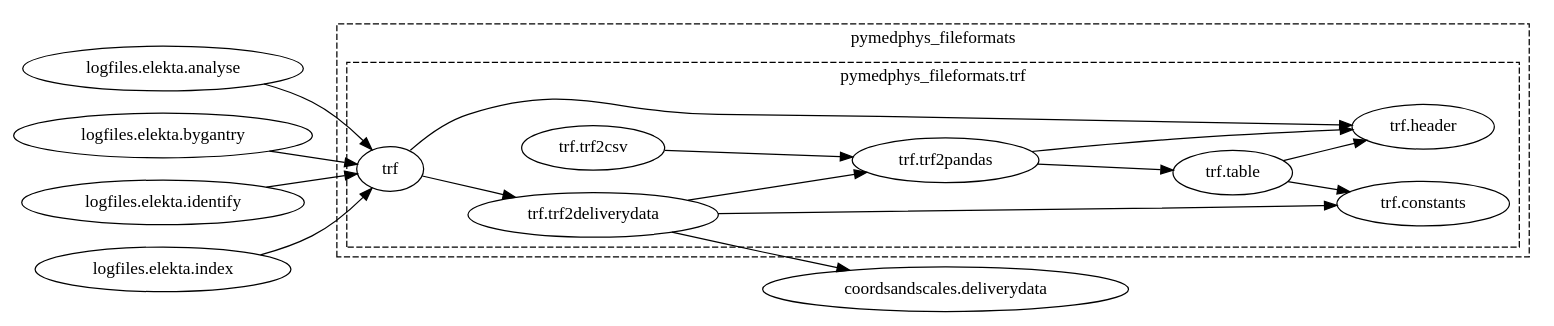
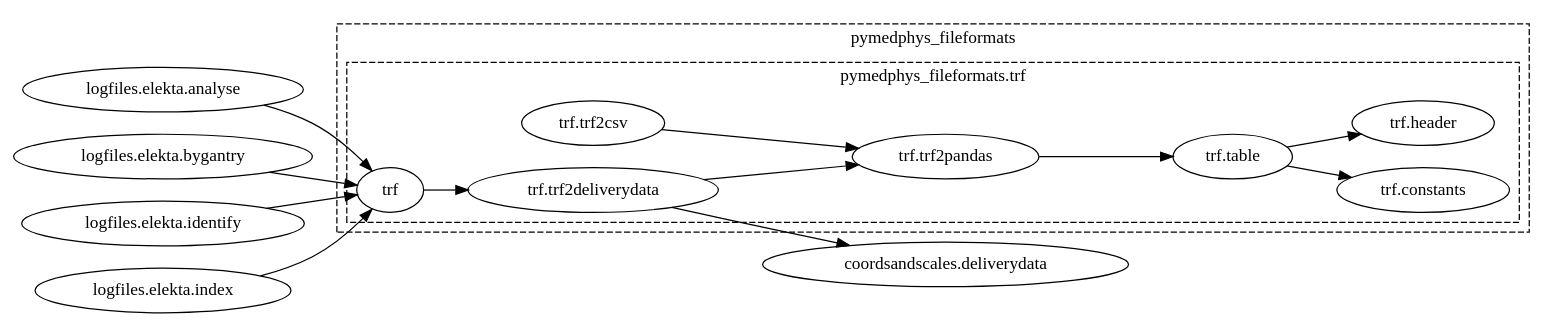
The diagram in docs/graphs/pymedphys_fileformats.trf.dot (pymedphys/pymedphys), drawn with Graphviz before and after one commit. The commit also changed 49 other files, not shown here.

Commit message:
make graph draw be compatible with windows

```diff
--- a/docs/graphs/pymedphys_fileformats.trf.dot
+++ b/docs/graphs/pymedphys_fileformats.trf.dot
@@ -1,56 +1,49 @@
-strict digraph  {
-    rankdir = LR;
-
-    subgraph cluster_0 {
-        
-        label = "pymedphys_fileformats";
-        style = dashed;
-
-        subgraph cluster_1 {
-            { rank = same; "pymedphys_fileformats.trf.constants"; "pymedphys_fileformats.trf.header"; }
-            { rank = same; "pymedphys_fileformats.trf.table"; }
-            { rank = same; "pymedphys_fileformats.trf.trf2pandas"; }
-            { rank = same; "pymedphys_fileformats.trf.trf2csv"; "pymedphys_fileformats.trf.trf2deliverydata"; }
-            { rank = same; "pymedphys_fileformats.trf"; }
-
-            label = "pymedphys_fileformats.trf"
-        }
-    }
-
-    "pymedphys_coordsandscales.deliverydata" [label="coordsandscales.deliverydata"];
-    "pymedphys_fileformats.trf" [label="trf"];
-    "pymedphys_fileformats.trf.constants" [label="trf.constants"];
-    "pymedphys_fileformats.trf.header" [label="trf.header"];
-    "pymedphys_fileformats.trf.table" [label="trf.table"];
-    "pymedphys_fileformats.trf.trf2csv" [label="trf.trf2csv"];
-    "pymedphys_fileformats.trf.trf2deliverydata" [label="trf.trf2deliverydata"];
-    "pymedphys_fileformats.trf.trf2pandas" [label="trf.trf2pandas"];
-    "pymedphys_logfiles.elekta.analyse" [label="logfiles.elekta.analyse"];
-    "pymedphys_logfiles.elekta.bygantry" [label="logfiles.elekta.bygantry"];
-    "pymedphys_logfiles.elekta.identify" [label="logfiles.elekta.identify"];
-    "pymedphys_logfiles.elekta.index" [label="logfiles.elekta.index"];
-
-    "pymedphys_fileformats.trf" -> "pymedphys_fileformats.trf.header";
-    "pymedphys_fileformats.trf" -> "pymedphys_fileformats.trf.trf2deliverydata";
-    "pymedphys_logfiles.elekta.analyse" -> "pymedphys_fileformats.trf";
-    "pymedphys_logfiles.elekta.bygantry" -> "pymedphys_fileformats.trf";
-    "pymedphys_logfiles.elekta.identify" -> "pymedphys_fileformats.trf";
-    "pymedphys_logfiles.elekta.index" -> "pymedphys_fileformats.trf";
-    "pymedphys_fileformats.trf.table" -> "pymedphys_fileformats.trf.constants";
-    "pymedphys_fileformats.trf.trf2deliverydata" -> "pymedphys_fileformats.trf.constants";
-    "pymedphys_fileformats.trf" -> "pymedphys_fileformats.trf.header";
-    "pymedphys_fileformats.trf.table" -> "pymedphys_fileformats.trf.header";
-    "pymedphys_fileformats.trf.trf2pandas" -> "pymedphys_fileformats.trf.header";
-    "pymedphys_fileformats.trf.table" -> "pymedphys_fileformats.trf.constants";
-    "pymedphys_fileformats.trf.table" -> "pymedphys_fileformats.trf.header";
-    "pymedphys_fileformats.trf.trf2pandas" -> "pymedphys_fileformats.trf.table";
-    "pymedphys_fileformats.trf.trf2csv" -> "pymedphys_fileformats.trf.trf2pandas";
-    "pymedphys_fileformats.trf.trf2deliverydata" -> "pymedphys_coordsandscales.deliverydata";
-    "pymedphys_fileformats.trf.trf2deliverydata" -> "pymedphys_fileformats.trf.constants";
-    "pymedphys_fileformats.trf.trf2deliverydata" -> "pymedphys_fileformats.trf.trf2pandas";
-    "pymedphys_fileformats.trf" -> "pymedphys_fileformats.trf.trf2deliverydata";
-    "pymedphys_fileformats.trf.trf2pandas" -> "pymedphys_fileformats.trf.header";
-    "pymedphys_fileformats.trf.trf2pandas" -> "pymedphys_fileformats.trf.table";
-    "pymedphys_fileformats.trf.trf2csv" -> "pymedphys_fileformats.trf.trf2pandas";
-    "pymedphys_fileformats.trf.trf2deliverydata" -> "pymedphys_fileformats.trf.trf2pandas";
+strict digraph {
+	graph [rankdir=LR];
+	subgraph cluster_0 {
+		graph [label=pymedphys_fileformats,
+			style=dashed
+		];
+		subgraph cluster_1 {
+			graph [label="pymedphys_fileformats.trf"];
+			{
+				graph [rank=same];
+				"pymedphys_fileformats.trf.constants"				 [label="trf.constants"];
+				"pymedphys_fileformats.trf.header"				 [label="trf.header"];
+			}
+			{
+				graph [rank=same];
+				"pymedphys_fileformats.trf.table"				 [label="trf.table"];
+			}
+			{
+				graph [rank=same];
+				"pymedphys_fileformats.trf.trf2pandas"				 [label="trf.trf2pandas"];
+			}
+			{
+				graph [rank=same];
+				"pymedphys_fileformats.trf.trf2csv"				 [label="trf.trf2csv"];
+				"pymedphys_fileformats.trf.trf2deliverydata"				 [label="trf.trf2deliverydata"];
+			}
+			{
+				graph [rank=same];
+				"pymedphys_fileformats.trf"				 [label=trf];
+			}
+		}
+	}
+	"pymedphys_fileformats.trf.table" -> "pymedphys_fileformats.trf.constants";
+	"pymedphys_fileformats.trf.table" -> "pymedphys_fileformats.trf.header";
+	"pymedphys_fileformats.trf.trf2pandas" -> "pymedphys_fileformats.trf.table";
+	"pymedphys_fileformats.trf.trf2csv" -> "pymedphys_fileformats.trf.trf2pandas";
+	"pymedphys_fileformats.trf.trf2deliverydata" -> "pymedphys_fileformats.trf.trf2pandas";
+	"pymedphys_coordsandscales.deliverydata"	 [label="coordsandscales.deliverydata"];
+	"pymedphys_fileformats.trf.trf2deliverydata" -> "pymedphys_coordsandscales.deliverydata";
+	"pymedphys_fileformats.trf" -> "pymedphys_fileformats.trf.trf2deliverydata";
+	"pymedphys_logfiles.elekta.analyse"	 [label="logfiles.elekta.analyse"];
+	"pymedphys_logfiles.elekta.analyse" -> "pymedphys_fileformats.trf";
+	"pymedphys_logfiles.elekta.bygantry"	 [label="logfiles.elekta.bygantry"];
+	"pymedphys_logfiles.elekta.bygantry" -> "pymedphys_fileformats.trf";
+	"pymedphys_logfiles.elekta.identify"	 [label="logfiles.elekta.identify"];
+	"pymedphys_logfiles.elekta.identify" -> "pymedphys_fileformats.trf";
+	"pymedphys_logfiles.elekta.index"	 [label="logfiles.elekta.index"];
+	"pymedphys_logfiles.elekta.index" -> "pymedphys_fileformats.trf";
 }
```
